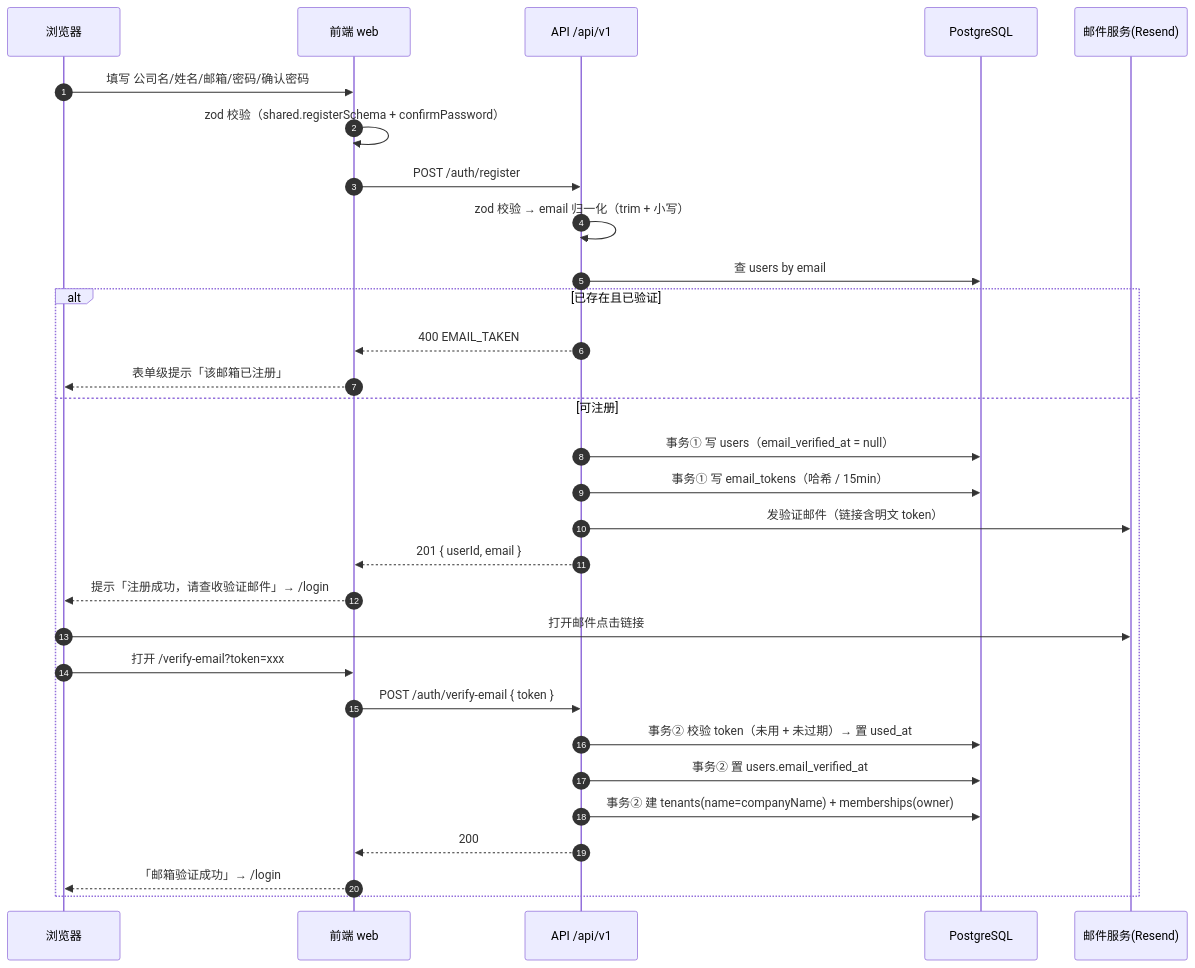
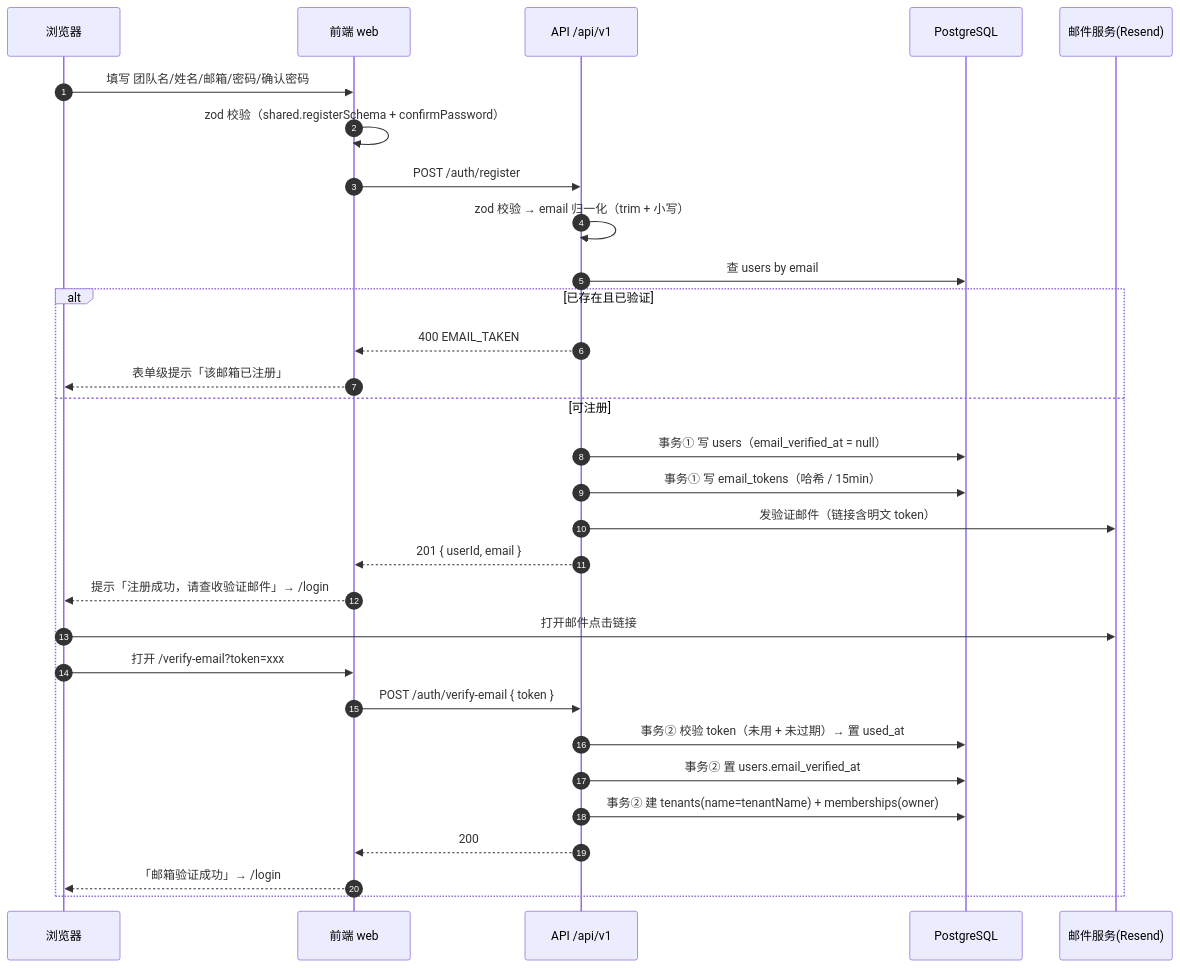
One commit to silent-wood/saas-starter changed the first of 3 diagrams in _docs/功能技术方案/01-注册与登录.md. Above: the diagram before and after it, drawn with Mermaid. The commit also changed other lines of this file and 3 other files, not shown here.

````diff
--- a/_docs/功能技术方案/01-注册与登录.md
+++ b/_docs/功能技术方案/01-注册与登录.md
@@ -65,33 +65,33 @@
 ```mermaid
 sequenceDiagram
     autonumber
     participant U as 浏览器
     participant W as 前端 web
     participant A as API /api/v1
     participant D as PostgreSQL
     participant M as 邮件服务(Resend)
 
-    U->>W: 填写 公司名/姓名/邮箱/密码/确认密码
+    U->>W: 填写 团队名/姓名/邮箱/密码/确认密码
     W->>W: zod 校验（shared.registerSchema + confirmPassword）
     W->>A: POST /auth/register
     A->>A: zod 校验 → email 归一化（trim + 小写）
     A->>D: 查 users by email
     alt 已存在且已验证
         A-->>W: 400 EMAIL_TAKEN
         W-->>U: 表单级提示「该邮箱已注册」
     else 可注册
         A->>D: 事务① 写 users（email_verified_at = null）
         A->>D: 事务① 写 email_tokens（哈希 / 15min）
         A->>M: 发验证邮件（链接含明文 token）
         A-->>W: 201 { userId, email }
         W-->>U: 提示「注册成功，请查收验证邮件」→ /login
         U->>M: 打开邮件点击链接
         U->>W: 打开 /verify-email?token=xxx
         W->>A: POST /auth/verify-email { token }
         A->>D: 事务② 校验 token（未用 + 未过期）→ 置 used_at
         A->>D: 事务② 置 users.email_verified_at
-        A->>D: 事务② 建 tenants(name=companyName) + memberships(owner)
+        A->>D: 事务② 建 tenants(name=tenantName) + memberships(owner)
         A-->>W: 200
         W-->>U: 「邮箱验证成功」→ /login
     end
 ```
````
